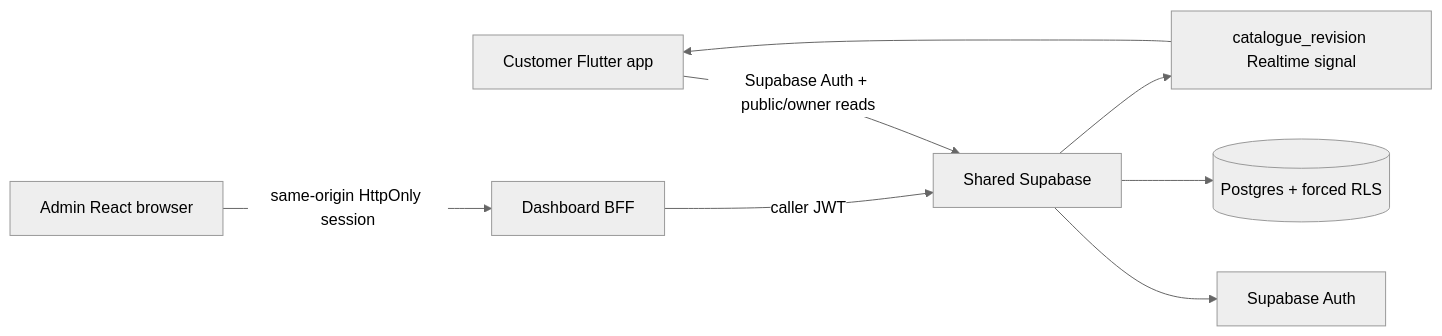
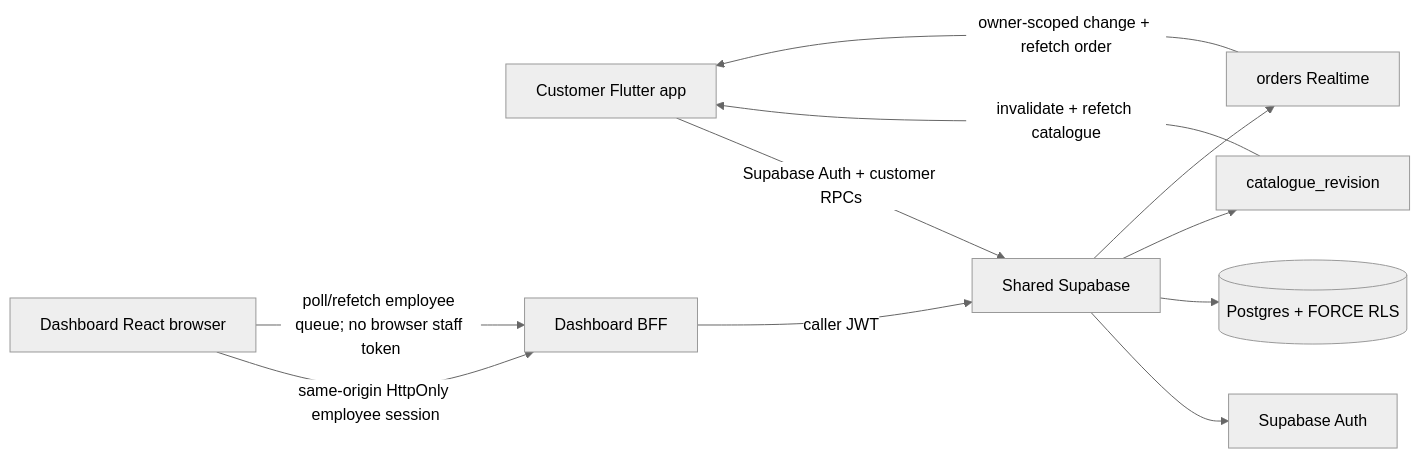
Before and after one commit to Hermann-33/Aida_System-Dashboard: the first of 2 diagrams in docs/context/ARCHITECTURE.md, drawn with Mermaid (neutral theme). The commit also changed other lines of this file, not shown here.

Commit message:
TASK-DEMO-ORDER-001: update architecture

````diff
--- a/docs/context/ARCHITECTURE.md
+++ b/docs/context/ARCHITECTURE.md
@@ -5,10 +5,13 @@
 ```mermaid
 flowchart LR
-  C[Customer Flutter app] -->|Supabase Auth + public/owner reads| S[Shared Supabase]
-  D[Admin React browser] -->|same-origin HttpOnly session| B[Dashboard BFF]
+  C[Customer Flutter app] -->|Supabase Auth + customer RPCs| S[Shared Supabase]
+  D[Dashboard React browser] -->|same-origin HttpOnly employee session| B[Dashboard BFF]
   B -->|caller JWT| S
   S --> A[Supabase Auth]
-  S --> P[(Postgres + forced RLS)]
-  S --> R[catalogue_revision Realtime signal]
-  R --> C
+  S --> P[(Postgres + FORCE RLS)]
+  S --> CR[catalogue_revision]
+  S --> OR[orders Realtime]
+  CR -->|invalidate + refetch catalogue| C
+  OR -->|owner-scoped change + refetch order| C
+  D -->|poll/refetch employee queue; no browser staff token| B
 ```
````
